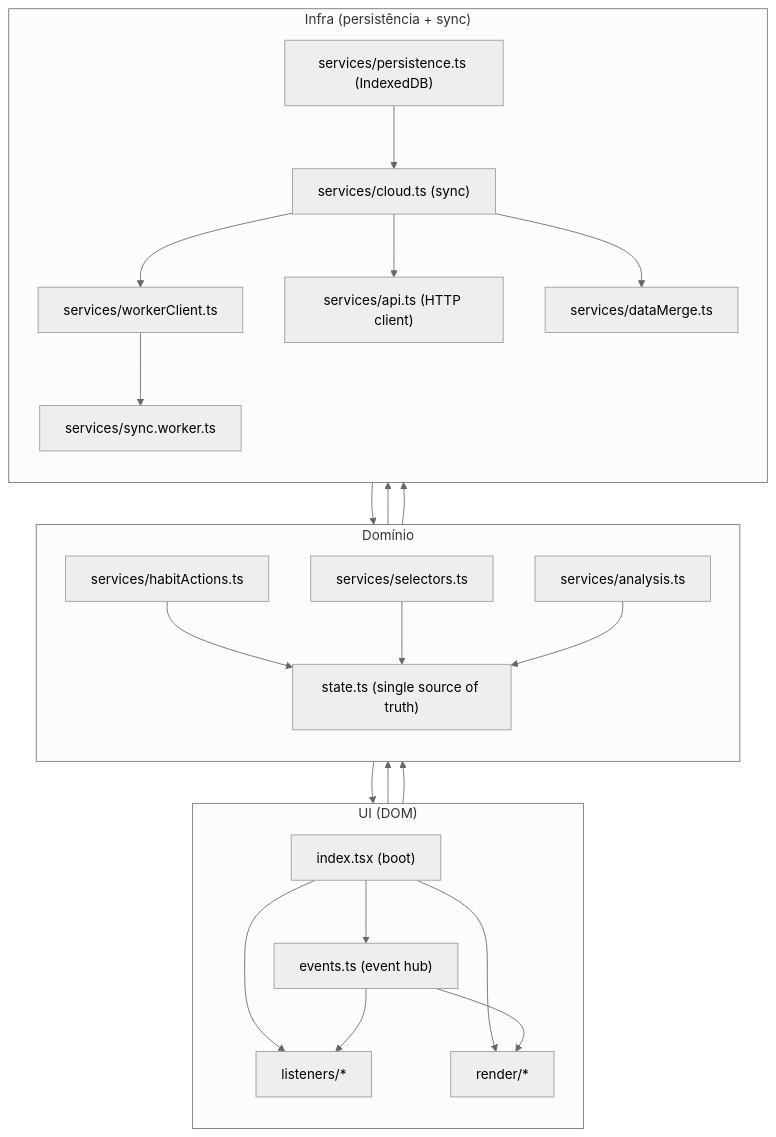
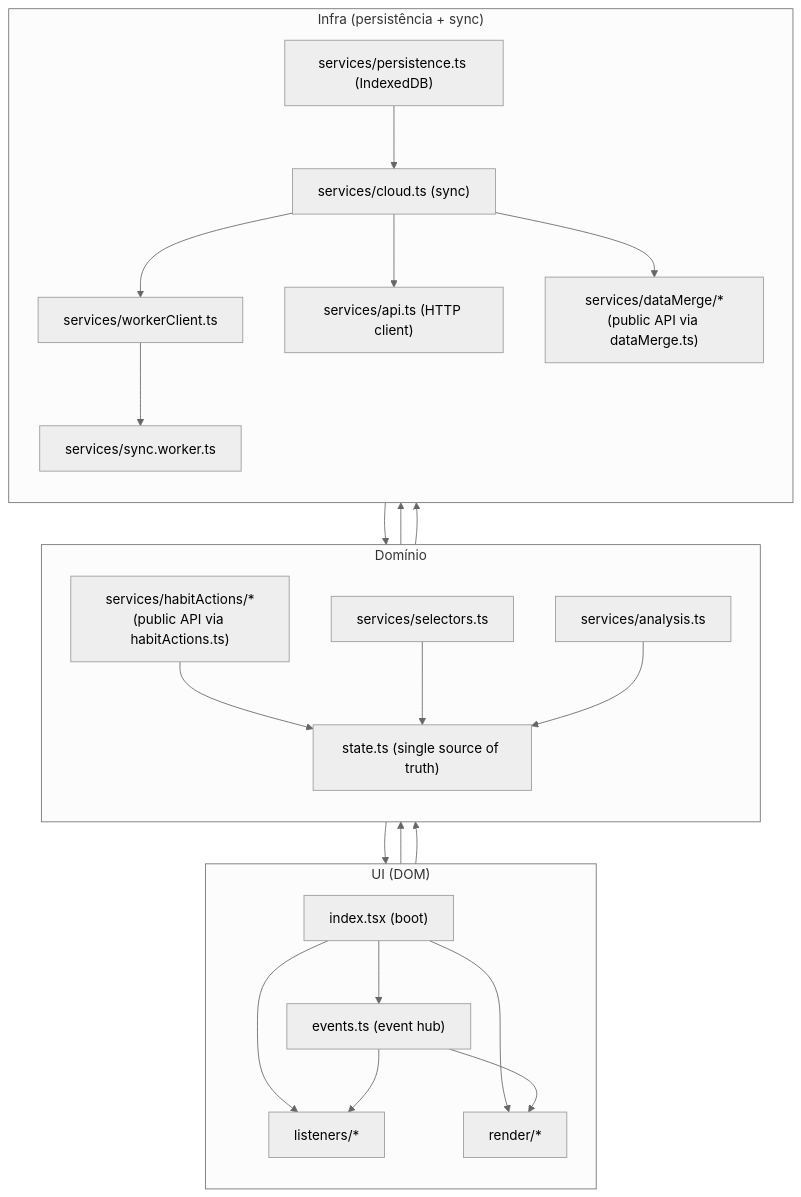
One commit to farifran/askesis changed the third of 5 diagrams in docs/ARCHITECTURE.md. Above: the diagram before and after it, drawn with Mermaid (neutral theme). The commit also changed other lines of this file and 7 other files, not shown here.

Commit message:
feat: modulariza serviços de habitActions e dataMerge, atualiza documentação e README

````diff
--- a/docs/ARCHITECTURE.md
+++ b/docs/ARCHITECTURE.md
@@ -62,58 +62,58 @@
 ```mermaid
 flowchart TB
   %% Layout em camadas (mais fácil de ler): UI -> Domínio -> Infra
   subgraph UI["UI (DOM)"]
     direction TB
     IDX["index.tsx (boot)"]
     LISTEN["listeners/*"]
     RENDER["render/*"]
     EVENTS["events.ts (event hub)"]
   end
 
   subgraph DOMAIN["Domínio"]
     direction TB
-    ACTIONS["services/habitActions.ts"]
+    ACTIONS["services/habitActions/*\n(public API via habitActions.ts)"]
     SELECTORS["services/selectors.ts"]
     ANALYSIS["services/analysis.ts"]
     STATE["state.ts (single source of truth)"]
   end
 
   subgraph INFRA["Infra (persistência + sync)"]
     direction TB
     PERSIST["services/persistence.ts (IndexedDB)"]
     CLOUD["services/cloud.ts (sync)"]
     WRPC["services/workerClient.ts"]
     WORKER["services/sync.worker.ts"]
     API["services/api.ts (HTTP client)"]
-    MERGE["services/dataMerge.ts"]
+    MERGE["services/dataMerge/*\n(public API via dataMerge.ts)"]
   end
 
   %% Boot / UI
   IDX --> LISTEN
   IDX --> RENDER
   IDX --> EVENTS
 
   %% Domínio
   LISTEN --> ACTIONS
   RENDER --> SELECTORS
 
   ACTIONS --> STATE
   SELECTORS --> STATE
   ANALYSIS --> STATE
 
   %% Persistência + Sync
   ACTIONS --> PERSIST
   PERSIST --> STATE
   PERSIST --> CLOUD
 
   %% Eventos globais (UI plumbing)
   ACTIONS --> EVENTS
   EVENTS --> RENDER
   EVENTS --> LISTEN
 
   %% Worker / Cloud
   ANALYSIS --> CLOUD
   CLOUD --> WRPC --> WORKER
   CLOUD --> API
   CLOUD --> MERGE
 ```
````
